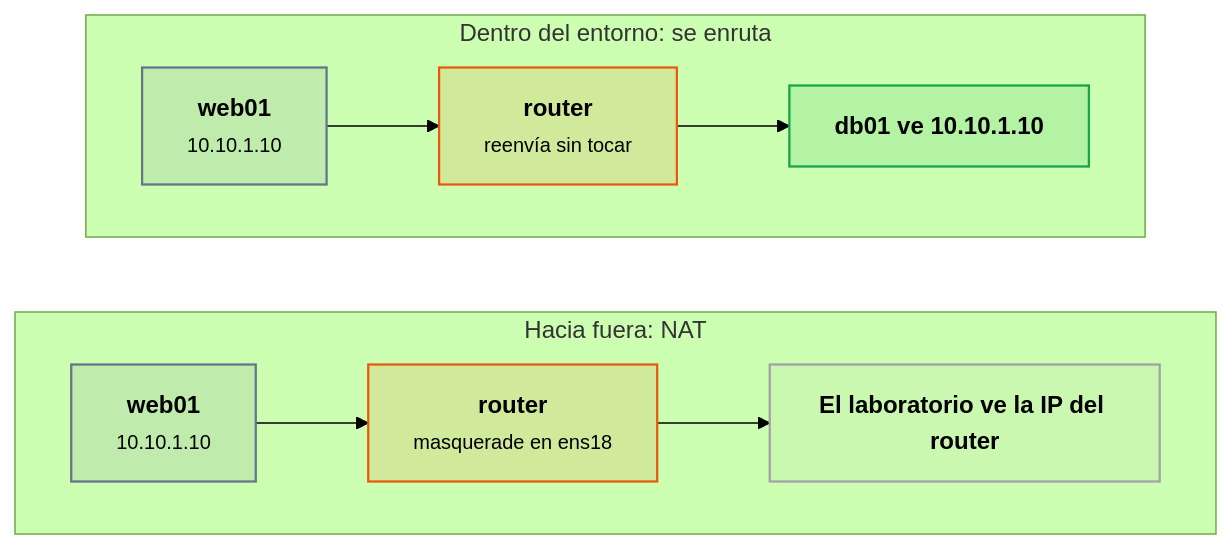
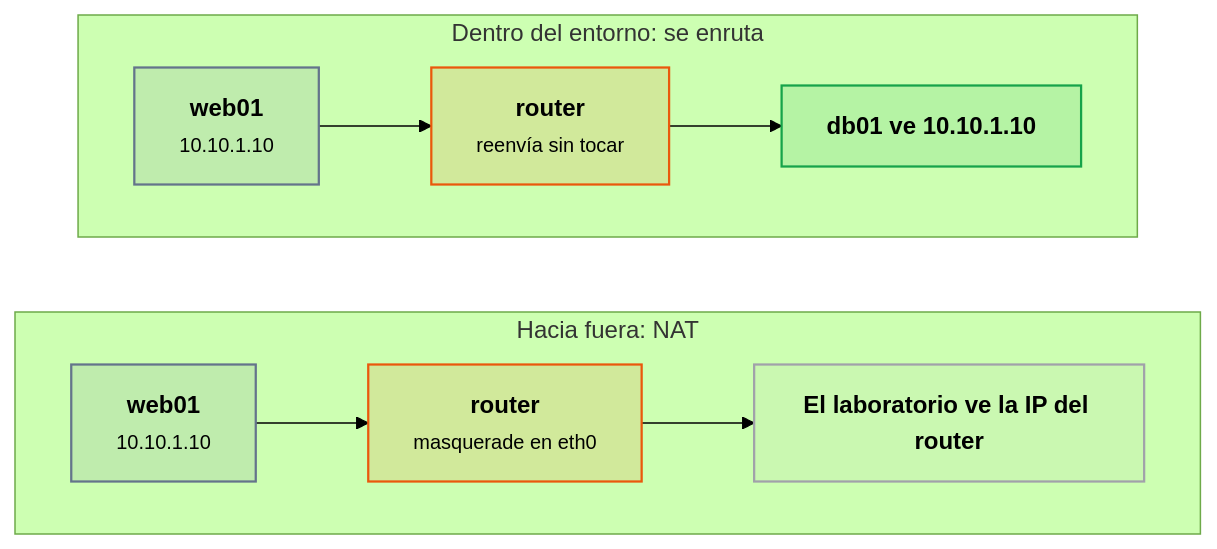
One commit to victor-educ/apuntes-5166 changed the second of 3 diagrams in docs/ut/ut2-vpc.md. Above: the diagram before and after it, drawn with Mermaid (forest theme). The commit also changed other lines of this file and 8 other files, not shown here.

````diff
--- a/docs/ut/ut2-vpc.md
+++ b/docs/ut/ut2-vpc.md
@@ -315,22 +325,22 @@
 ```mermaid
 flowchart TB
     subgraph DENTRO["Dentro del entorno: se enruta"]
         direction LR
         W["<b>web01</b><br><small>10.10.1.10</small>"]:::pieza
         RT["<b>router</b><br><small>reenvía sin tocar</small>"]:::act
         DB["<b>db01 ve 10.10.1.10</b>"]:::ok
         W --> RT --> DB
     end
     subgraph FUERA["Hacia fuera: NAT"]
         direction LR
         W2["<b>web01</b><br><small>10.10.1.10</small>"]:::pieza
-        RT2["<b>router</b><br><small>masquerade en ens18</small>"]:::act
+        RT2["<b>router</b><br><small>masquerade en eth0</small>"]:::act
         NET["<b>El laboratorio ve la IP del router</b>"]:::infra
         W2 --> RT2 --> NET
     end
     DENTRO ~~~ FUERA
     classDef act fill:#ea580c22,stroke:#ea580c,stroke-width:1.5px
     classDef pieza fill:#64748b22,stroke:#64748b,stroke-width:1.5px
     classDef infra fill:#a1a1aa14,stroke:#a1a1aa,stroke-width:1.5px
     classDef ok fill:#16a34a22,stroke:#16a34a,stroke-width:1.5px
 ```
````
